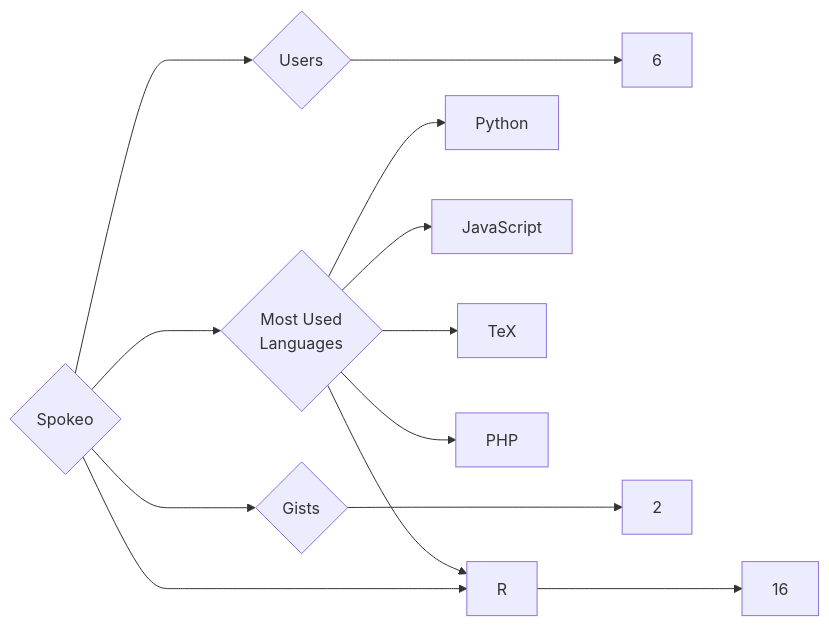
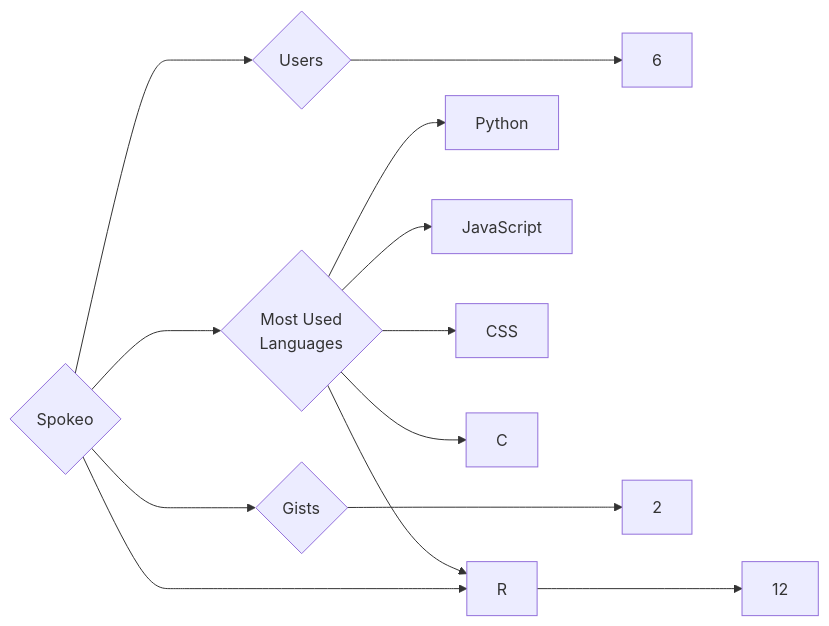
The diagram in targets/Spokeo/README.md (trickest/insiders), drawn with Mermaid before and after one commit. The commit also changed 972 other files, not shown here.

````diff
--- a/targets/Spokeo/README.md
+++ b/targets/Spokeo/README.md
@@ -3,13 +3,13 @@
 ```mermaid
 graph LR
 COMPANY_NAME{Spokeo}
 COMPANY_NAME ---> U{Users} ---> UN[6]
-COMPANY_NAME ---> R{Repositories} ---> RN[16]
+COMPANY_NAME ---> R{Repositories} ---> RN[12]
 COMPANY_NAME ---> G{Gists} ---> GN[2]
 COMPANY_NAME ---> ML{Most Used<br>Languages}
 ML --> Python[Python]
+ML --> R[R]
 ML --> JavaScript[JavaScript]
-ML --> R[R]
-ML --> TeX[TeX]
-ML --> PHP[PHP]
+ML --> CSS[CSS]
+ML --> C[C]
 ```
````
